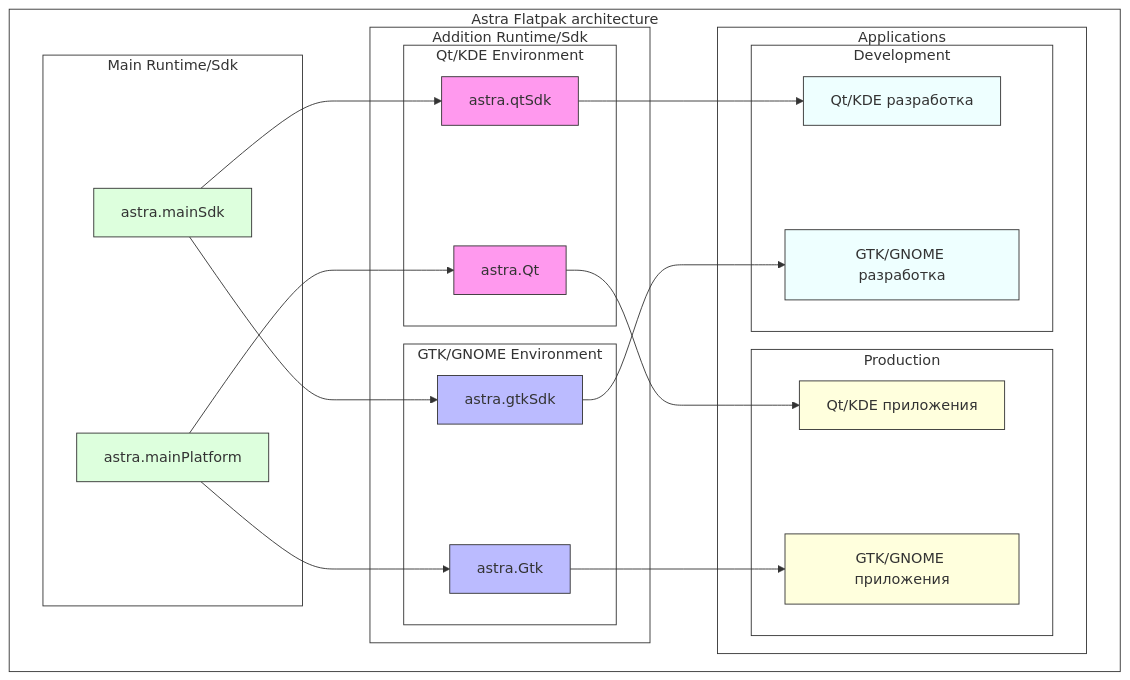
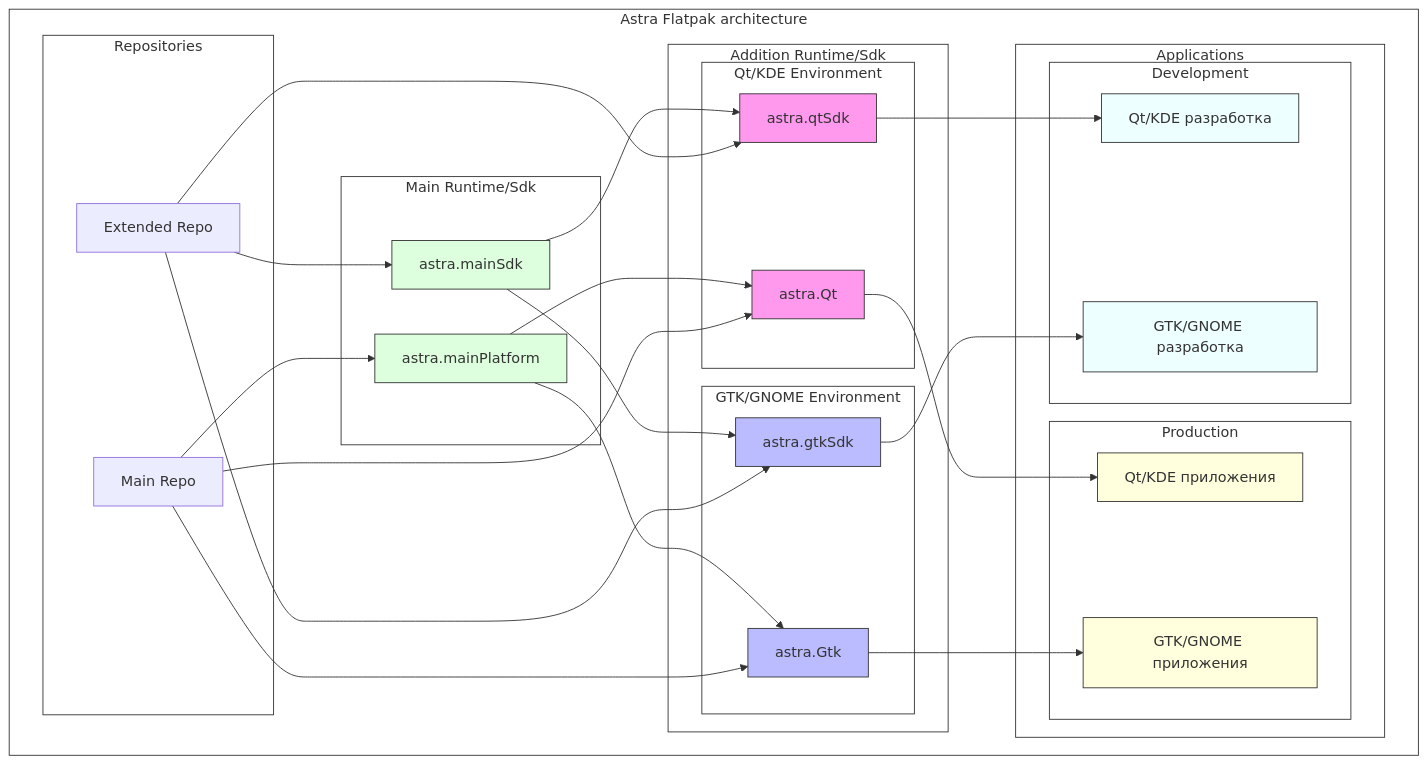
The diagram in docs/architecture.md (metnerium/astra-flatpak), drawn with Mermaid before and after one commit.

````diff
--- a/docs/architecture.md
+++ b/docs/architecture.md
@@ -3,61 +3,73 @@
 ```mermaid
-graph TD
-    subgraph bg5[Astra Flatpak architecture]
-        subgraph bg1[Main Runtime/Sdk]
-            B2[astra.mainPlatform]
-            C2[astra.mainSdk]
-        end
-
-        subgraph bg2[Addition Runtime/Sdk]
-            subgraph bg2a[Qt/KDE Environment]
-                F2[astra.Qt]
-                G2[astra.qtSdk]
-            end
-
-            subgraph bg2b[GTK/GNOME Environment]
-                J2[astra.Gtk]
-                K2[astra.gtkSdk]
-            end
-        end
-
-        subgraph bg3[Applications]
-            subgraph bg3a[Production]
-                D4[Qt/KDE приложения]
-                E4[GTK/GNOME приложения]
-            end
-
-            subgraph bg3b[Development]
-                D5[Qt/KDE разработка]
-                E5[GTK/GNOME разработка]
-            end
-        end
-    end
-
-    B2 --> F2
-    B2 --> J2
-    C2 --> G2
-    C2 --> K2
+---
+config:
+  look: classic
+---
+flowchart TD
+ subgraph bg4["Repositories"]
+        A1["Main Repo"]
+        A2["Extended Repo"]
+  end
+ subgraph bg1["Main Runtime/Sdk"]
+        B2["astra.mainPlatform"]
+        C2["astra.mainSdk"]
+  end
+ subgraph bg2a["Qt/KDE Environment"]
+        F2["astra.Qt"]
+        G2["astra.qtSdk"]
+  end
+ subgraph bg2b["GTK/GNOME Environment"]
+        J2["astra.Gtk"]
+        K2["astra.gtkSdk"]
+  end
+ subgraph bg2["Addition Runtime/Sdk"]
+        bg2a
+        bg2b
+  end
+ subgraph bg3a["Production"]
+        D4["Qt/KDE приложения"]
+        E4["GTK/GNOME приложения"]
+  end
+ subgraph bg3b["Development"]
+        D5["Qt/KDE разработка"]
+        E5["GTK/GNOME разработка"]
+  end
+ subgraph bg3["Applications"]
+        bg3a
+        bg3b
+  end
+ subgraph bg5["Astra Flatpak architecture"]
+        bg4
+        bg1
+        bg2
+        bg3
+  end
+    B2 --> F2 & J2
+    C2 --> G2 & K2
     F2 --> D4
     J2 --> E4
     G2 --> D5
     K2 --> E5
-
+    A1 --> B2 & J2 & F2
+    A2 --> C2 & G2 & K2
     style B2 fill:#dfd,stroke:#333,color:#333,fontcolor:#333
     style C2 fill:#dfd,stroke:#333,color:#333,fontcolor:#333
     style F2 fill:#f9e,stroke:#333,color:#333,fontcolor:#333
     style G2 fill:#f9e,stroke:#333,color:#333,fontcolor:#333
     style J2 fill:#bbf,stroke:#333,color:#333,fontcolor:#333
     style K2 fill:#bbf,stroke:#333,color:#333,fontcolor:#333
     style D4 fill:#ffd,stroke:#333,color:#333,fontcolor:#333
     style E4 fill:#ffd,stroke:#333,color:#333,fontcolor:#333
     style D5 fill:#eff,stroke:#333,color:#333,fontcolor:#333
     style E5 fill:#eff,stroke:#333,color:#333,fontcolor:#333
     style bg1 fill:#ffffff,stroke:#333,color:#333,fontcolor:#333
     style bg2 fill:#ffffff,stroke:#333,color:#333,fontcolor:#333
     style bg2a fill:#ffffff,stroke:#333,color:#333,fontcolor:#333
     style bg2b fill:#ffffff,stroke:#333,color:#333,fontcolor:#333
     style bg3 fill:#ffffff,stroke:#333,color:#333,fontcolor:#333
     style bg3a fill:#ffffff,stroke:#333,color:#333,fontcolor:#333
     style bg3b fill:#ffffff,stroke:#333,color:#333,fontcolor:#333
+    style bg4 fill:#ffffff,stroke:#333,color:#333,fontcolor:#333
     style bg5 fill:#ffffff,stroke:#333,color:#333,fontcolor:#333
+
 ```
````
